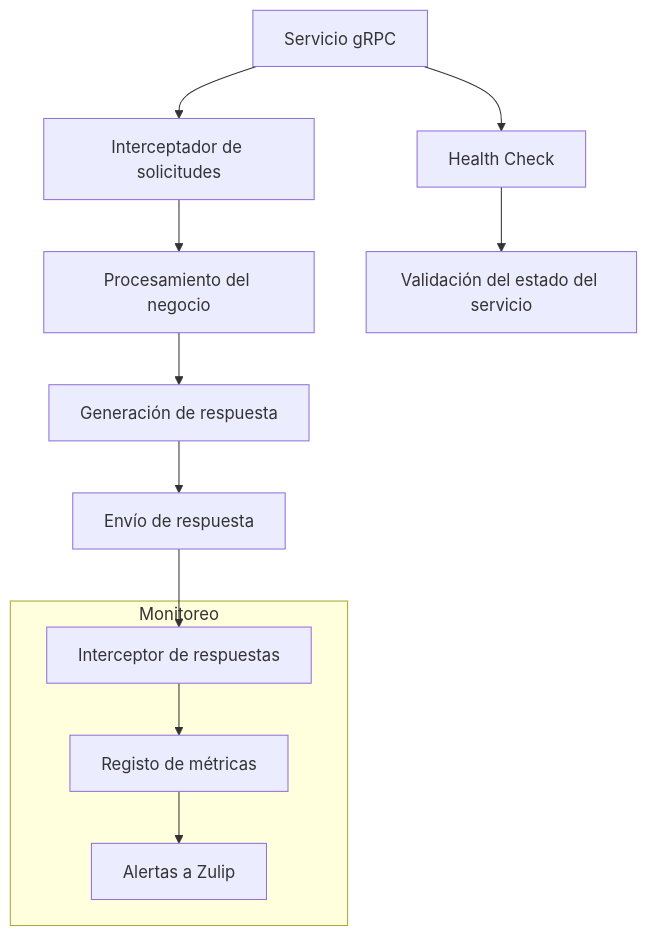
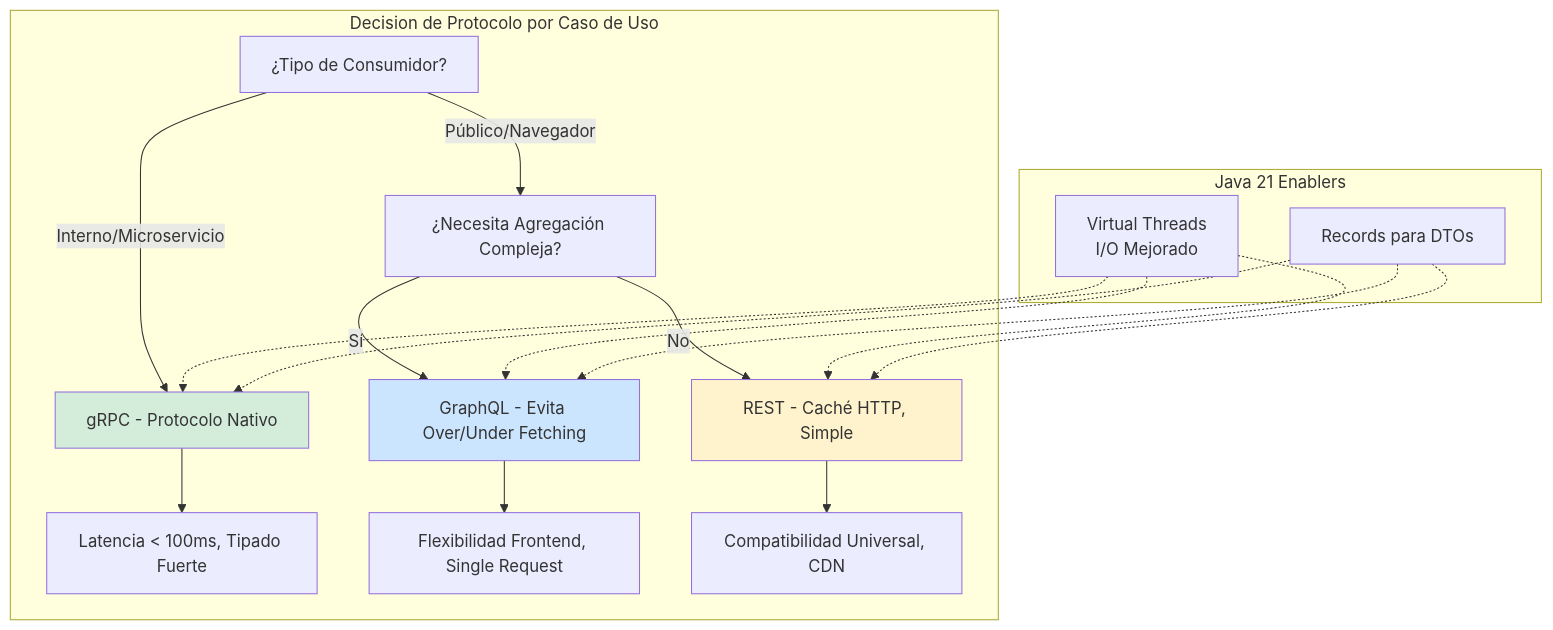
One commit to Joaquinriosheredia/DAM-Java-Mastery changed the first of 3 diagrams in _Review/diseno_de_apis_rest_vs_graphql_vs_grpc/diseno_de_apis_rest_vs_graphql_vs_grpc.md. Above: the diagram before and after it, drawn with Mermaid. The commit also changed other lines of this file, not shown here.

Commit message:
diseno_de_apis_rest_vs_graphql_vs_grpc.md

````diff
--- a/_Review/diseno_de_apis_rest_vs_graphql_vs_grpc/diseno_de_apis_rest_vs_graphql_vs_grpc.md
+++ b/_Review/diseno_de_apis_rest_vs_graphql_vs_grpc/diseno_de_apis_rest_vs_graphql_vs_grpc.md
@@ -504,16 +68,27 @@
 ```mermaid
 graph TD
-    A[Servicio gRPC] --> B[Interceptador de solicitudes]
-    B --> C[Procesamiento del negocio]
-    C --> D[Generación de respuesta]
-    D --> E[Envío de respuesta]
-    E --> F[Interceptor de respuestas]
-
-    subgraph Monitoreo
-        F --> G[Registo de métricas]
-        G --> H[Alertas a Zulip]
+    subgraph "Decision de Protocolo por Caso de Uso"
+        A[¿Tipo de Consumidor?] -->|Público/Navegador| B[¿Necesita Agregación Compleja?]
+        A -->|Interno/Microservicio| C[gRPC - Protocolo Nativo]
+        
+        B -->|Sí| D[GraphQL - Evita Over/Under Fetching]
+        B -->|No| E[REST - Caché HTTP, Simple]
+        
+        C --> F[Latencia < 100ms, Tipado Fuerte]
+        D --> G[Flexibilidad Frontend, Single Request]
+        E --> H[Compatibilidad Universal, CDN]
     end
-
-    A --> I[Health Check]
-    I --> J[Validación del estado del servicio]
+    
+    subgraph "Java 21 Enablers"
+        VT[Virtual Threads<br/>I/O Mejorado] -.-> C
+        VT -.-> D
+        VT -.-> E
+        REC[Records para DTOs] -.-> C
+        REC -.-> D
+        REC -.-> E
+    end
+    
+    style C fill:#d4edda
+    style D fill:#cce5ff
+    style E fill:#fff3cd
 ```
````
